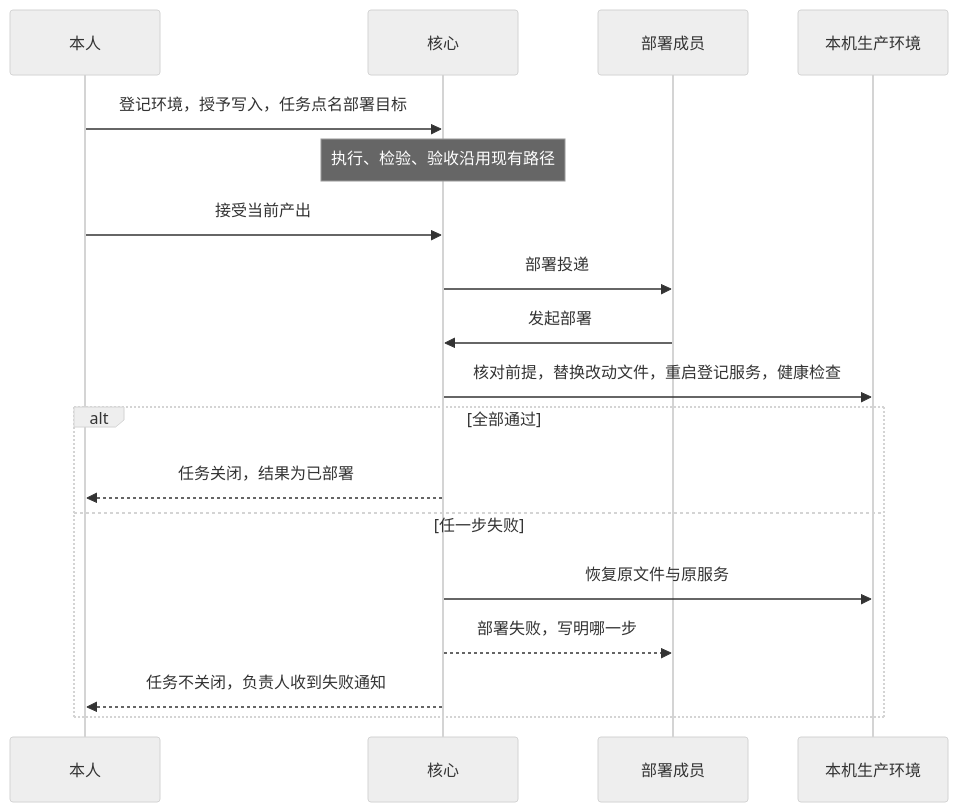
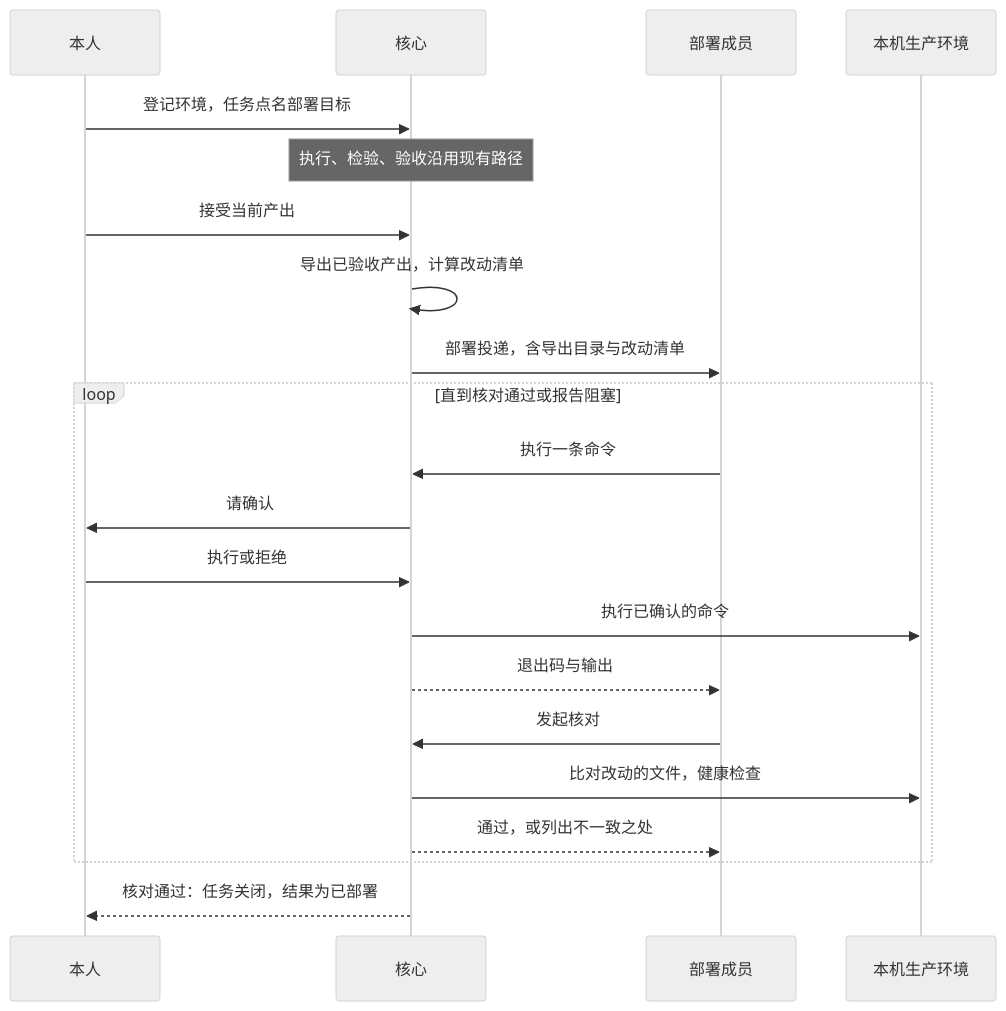
One commit to xforce-io/atelier changed the first of 5 diagrams in docs/design/22-host-environment-deploy/product.md. Above: the diagram before and after it, drawn with Mermaid (neutral theme). The commit also changed other lines of this file and 2 other files, not shown here.

````diff
--- a/docs/design/22-host-environment-deploy/product.md
+++ b/docs/design/22-host-environment-deploy/product.md
@@ -78,20 +83,23 @@
 ```mermaid
 sequenceDiagram
     participant Human as 本人
     participant Core as 核心
     participant Ops as 部署成员
     participant Prod as 本机生产环境
-    Human->>Core: 登记环境，授予写入，任务点名部署目标
+    Human->>Core: 登记环境，任务点名部署目标
     Note over Core: 执行、检验、验收沿用现有路径
     Human->>Core: 接受当前产出
-    Core->>Ops: 部署投递
-    Ops->>Core: 发起部署
-    Core->>Prod: 核对前提，替换改动文件，重启登记服务，健康检查
-    alt 全部通过
-        Core-->>Human: 任务关闭，结果为已部署
-    else 任一步失败
-        Core->>Prod: 恢复原文件与原服务
-        Core-->>Ops: 部署失败，写明哪一步
-        Core-->>Human: 任务不关闭，负责人收到失败通知
+    Core->>Core: 导出已验收产出，计算改动清单
+    Core->>Ops: 部署投递，含导出目录与改动清单
+    loop 直到核对通过或报告阻塞
+        Ops->>Core: 执行一条命令
+        Core->>Human: 请确认
+        Human->>Core: 执行或拒绝
+        Core->>Prod: 执行已确认的命令
+        Core-->>Ops: 退出码与输出
+        Ops->>Core: 发起核对
+        Core->>Prod: 比对改动的文件，健康检查
+        Core-->>Ops: 通过，或列出不一致之处
     end
+    Core-->>Human: 核对通过：任务关闭，结果为已部署
 ```
````
